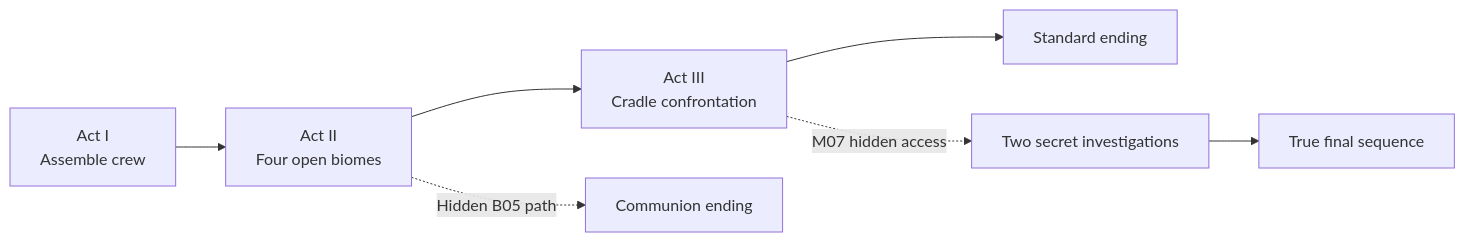
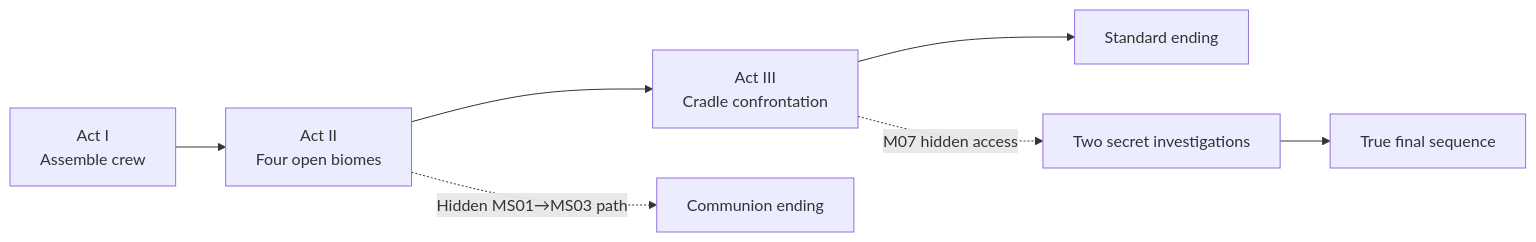
Before and after one commit to justgook/imprint-zero: the diagram in home.md, drawn with Mermaid. The commit also changed 41 other files, not shown here.

````diff
--- a/home.md
+++ b/home.md
@@ -30,9 +30,9 @@
 ```mermaid
 flowchart LR
     A1[Act I<br/>Assemble crew] --> A2[Act II<br/>Four open biomes]
     A2 --> A3[Act III<br/>Cradle confrontation]
     A3 --> Standard[Standard ending]
-    A2 -. Hidden B05 path .-> Communion[Communion ending]
+    A2 -. Hidden MS01→MS03 path .-> Communion[Communion ending]
     A3 -. M07 hidden access .-> Investigations[Two secret investigations]
     Investigations --> True[True final sequence]
 ```
````
